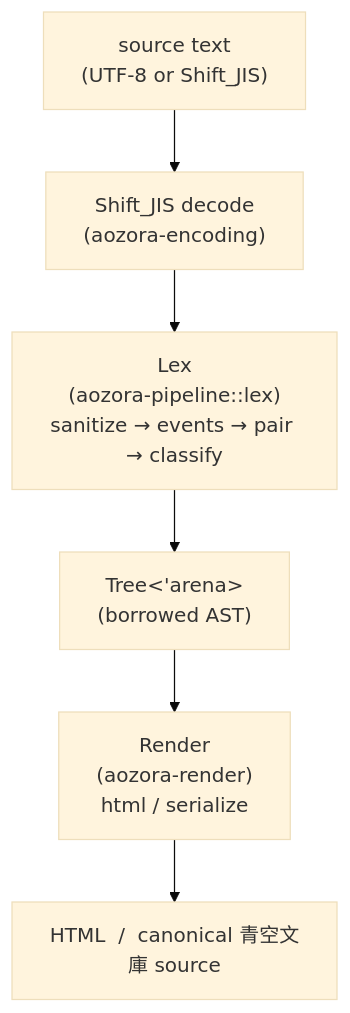
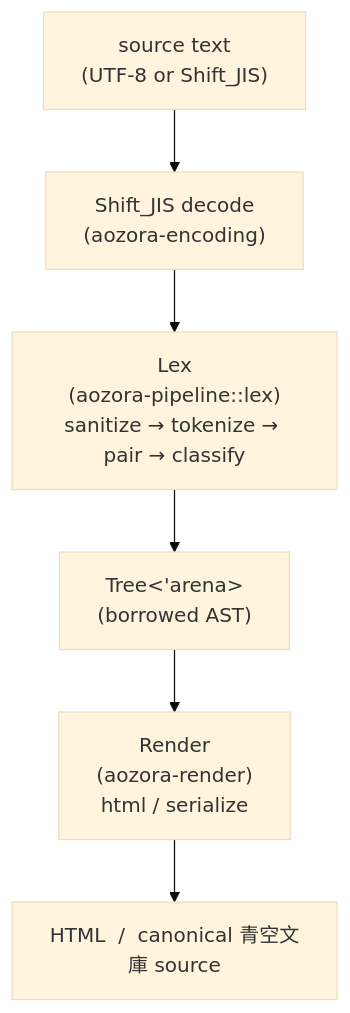
One commit to P4suta/aozora changed the first of 2 diagrams in crates/aozora-book/src/arch/pipeline.md. Above: the diagram before and after it, drawn with Mermaid (base theme). The commit also changed other lines of this file and 174 other files, not shown here.

````diff
--- a/crates/aozora-book/src/arch/pipeline.md
+++ b/crates/aozora-book/src/arch/pipeline.md
@@ -12,11 +12,11 @@
 ```mermaid
 flowchart TD
     src["source text<br/>(UTF-8 or Shift_JIS)"]
     decode["Shift_JIS decode<br/>(aozora-encoding)"]
-    lex["Lex<br/>(aozora-pipeline::lex)<br/>sanitize → events → pair → classify"]
+    lex["Lex<br/>(aozora-pipeline::lex)<br/>sanitize → tokenize → pair → classify"]
     tree["Tree&lt;'arena&gt;<br/>(borrowed AST)"]
     render["Render<br/>(aozora-render)<br/>html  /  serialize"]
     out["HTML  /  canonical 青空文庫 source"]
 
     src --> decode --> lex --> tree --> render --> out
 ```
````
